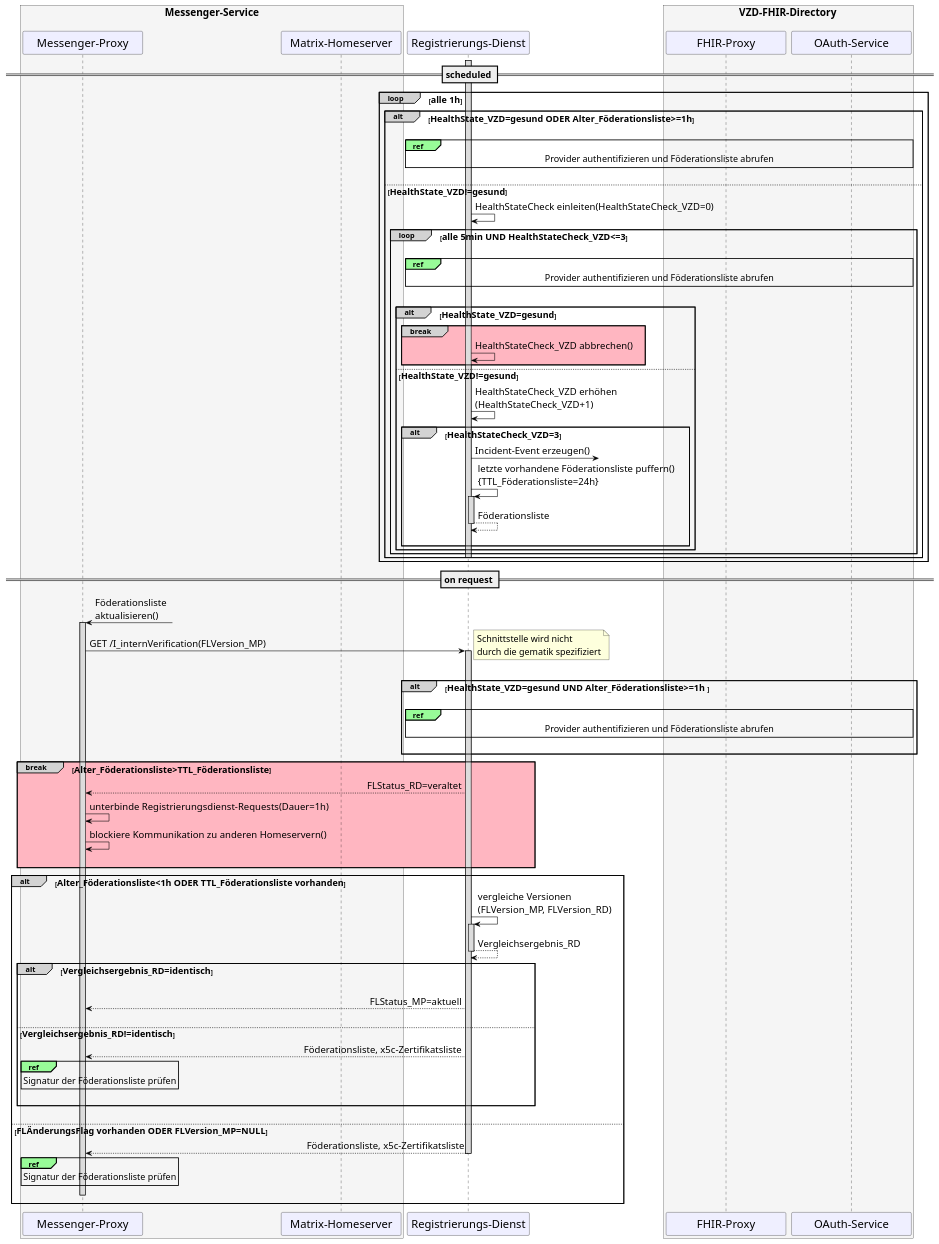
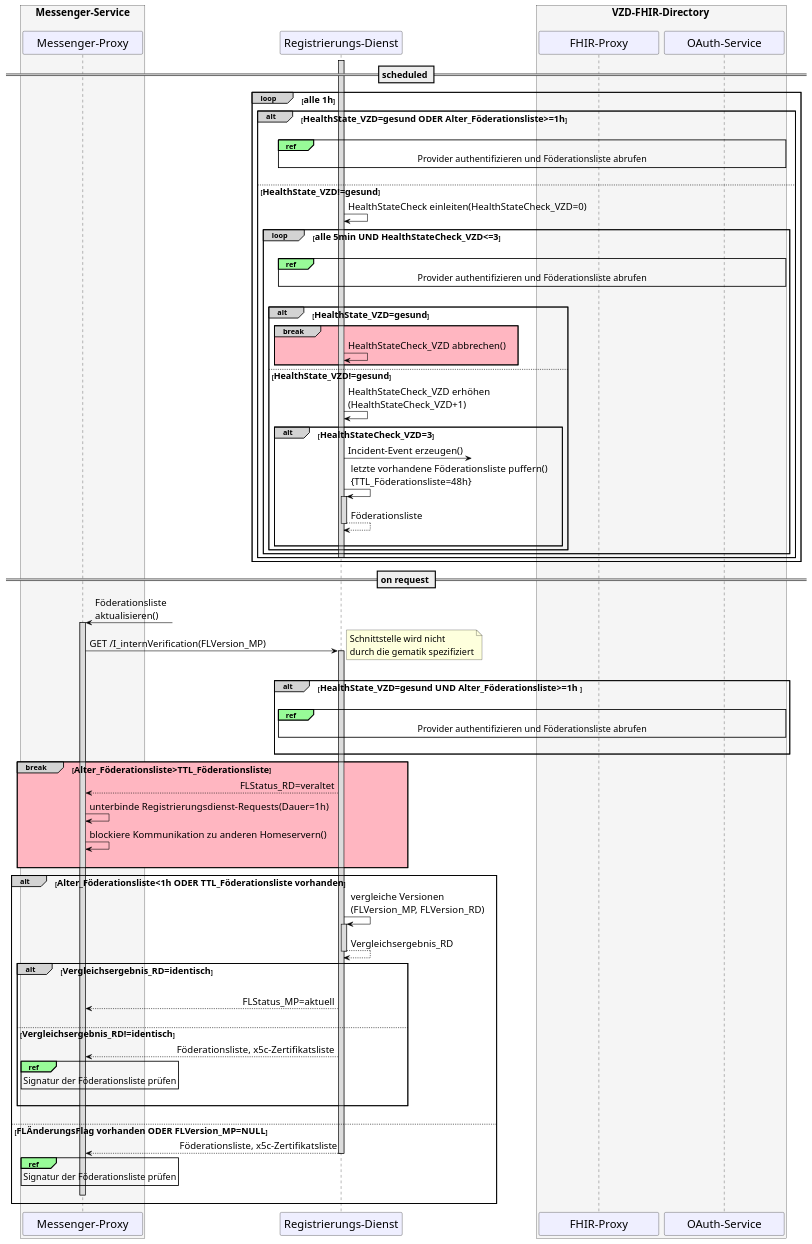
Before and after one commit to gematik/api-ti-messenger: the diagram in src/plantuml/TI-Messenger-Dienst/Ressourcen/UC_Update_Federationlist_Seq.puml, drawn with PlantUML. The commit also changed 6 other files, not shown here.

```diff
--- a/src/plantuml/TI-Messenger-Dienst/Ressourcen/UC_Update_Federationlist_Seq.puml
+++ b/src/plantuml/TI-Messenger-Dienst/Ressourcen/UC_Update_Federationlist_Seq.puml
@@ -9,136 +9,127 @@
 @startuml
 skinparam sequenceMessageAlign direction
 skinparam minClassWidth 200
 skinparam BoxPadding 1
 skinparam sequenceReferenceHeaderBackgroundColor palegreen
 scale max 2048 width
 
 skinparam sequence {
 ArrowColor black
 ArrowFontSize 17
 ActorBorderColor black
 LifeLineBorderColor black
 LifeLineBackgroundColor Gainsboro
 
 ParticipantBorderColor Motivation
 ParticipantBackgroundColor Motivation
 ParticipantFontName Impact
 ParticipantFontSize 20
 ParticipantFontColor black
 ParticipantBorderColor Black
 ParticipantBackgroundColor MOTIVATION
 
 ActorBackgroundColor Gainsboro
 ActorFontColor black
 ActorFontSize 20
 ActorFontName Aapex
 }
 
 box <size:18>Messenger-Service\n #WhiteSmoke
 participant MP as "Messenger-Proxy"
-participant MH as "Matrix-Homeserver"
 end box
 participant RD as "Registrierungs-Dienst"
 box <size:18>VZD-FHIR-Directory</size> #WhiteSmoke
   participant FP as "FHIR-Proxy"
   participant AS as "OAuth-Service"
 end box
 
 == <size:16>scheduled</size> ==
 
 loop#LightGrey <size:16>alle 1h</size>
   alt#LightGrey <size:16>HealthState_VZD=gesund ODER Alter_Föderationsliste>=1h</size>
   activate RD
   |||
   ref over AS, FP, RD
     <size:16>Provider authentifizieren und Föderationsliste abrufen</size>
   end ref
   |||
 
   else <size:16>HealthState_VZD!=gesund</size>
     RD->RD: HealthStateCheck einleiten(HealthStateCheck_VZD=0)
     loop#LightGrey <size:16>alle 5min UND HealthStateCheck_VZD<=3</size>
       |||
       ref over AS, FP, RD
         <size:16>Provider authentifizieren und Föderationsliste abrufen</size>
       end ref
       |||
       alt#LightGrey <size:16>HealthState_VZD=gesund</size>
         break#LightGrey #LightPink
           RD->RD: HealthStateCheck_VZD abbrechen()
         end
       else <size:16>HealthState_VZD!=gesund</size>
         RD->RD: HealthStateCheck_VZD erhöhen\n(HealthStateCheck_VZD+1)
         alt#LightGrey <size:16>HealthStateCheck_VZD=3</size>
           RD ->?: Incident-Event erzeugen()
-          RD->RD++: letzte vorhandene Föderationsliste puffern() \n{TTL_Föderationsliste=24h}
+          RD->RD++: letzte vorhandene Föderationsliste puffern() \n{TTL_Föderationsliste=48h}
           return Föderationsliste
         |||
         end
       end
     end 
-    'RD-[hidden]> RD
     deactivate RD
   end
 end
 
 == <size:16>on request</size> ==
 
 MP <-?: Föderationsliste \naktualisieren()
 activate MP
 MP->RD: GET /I_internVerification(FLVersion_MP) 
 note right: <size:16>Schnittstelle wird nicht \n<size:16>durch die gematik spezifiziert</size>
 |||
   Activate RD
 
 alt#LightGrey <size:16>HealthState_VZD=gesund UND Alter_Föderationsliste>=1h </size>
 
   |||
   ref over AS, FP, RD
     <size:16>Provider authentifizieren und Föderationsliste abrufen</size>
   end ref
   |||
-  
-'else <size:16>HealthState_VZD!=gesund ODER Alter_Föderationsliste<1h</size>
-'else <size:16>Alter_Föderationsliste<1h ODER TTL_Föderationsliste vorhanden</size>
-
-  'RD->RD: FLStatus_RD=aktuell
-
 end
 
 break#LightGrey #LightPink <size:16>Alter_Föderationsliste>TTL_Föderationsliste</size>
-  'RD-->MP: FLStatus_RD=veraltet
   RD-->MP: FLStatus_RD=veraltet
   MP->MP: unterbinde Registrierungsdienst-Requests(Dauer=1h)
   MP->MP: blockiere Kommunikation zu anderen Homeservern()
   |||
 end
 
 alt#LightGrey <size:16>Alter_Föderationsliste<1h ODER TTL_Föderationsliste vorhanden</size>
   RD->RD++: vergleiche Versionen\n(FLVersion_MP, FLVersion_RD)
   return Vergleichsergebnis_RD
     
   alt#LightGrey <size:16>Vergleichsergebnis_RD=identisch</size>
     ||| 
     RD-->MP: FLStatus_MP=aktuell
     |||
       
   else <size:16>Vergleichsergebnis_RD!=identisch</size>
     RD-->MP: Föderationsliste, x5c-Zertifikatsliste
     ref over MP
       <size:16>Signatur der Föderationsliste prüfen</size>
     end ref
     |||
   end
   |||
   
 else <size:16>FLÄnderungsFlag vorhanden ODER FLVersion_MP=NULL</size>
   RD-->MP: Föderationsliste, x5c-Zertifikatsliste
   Deactivate RD
   ref over MP
     <size:16>Signatur der Föderationsliste prüfen</size>
   end ref
   MP-[hidden]> MP
   deactivate MP
 end
 @enduml
```
